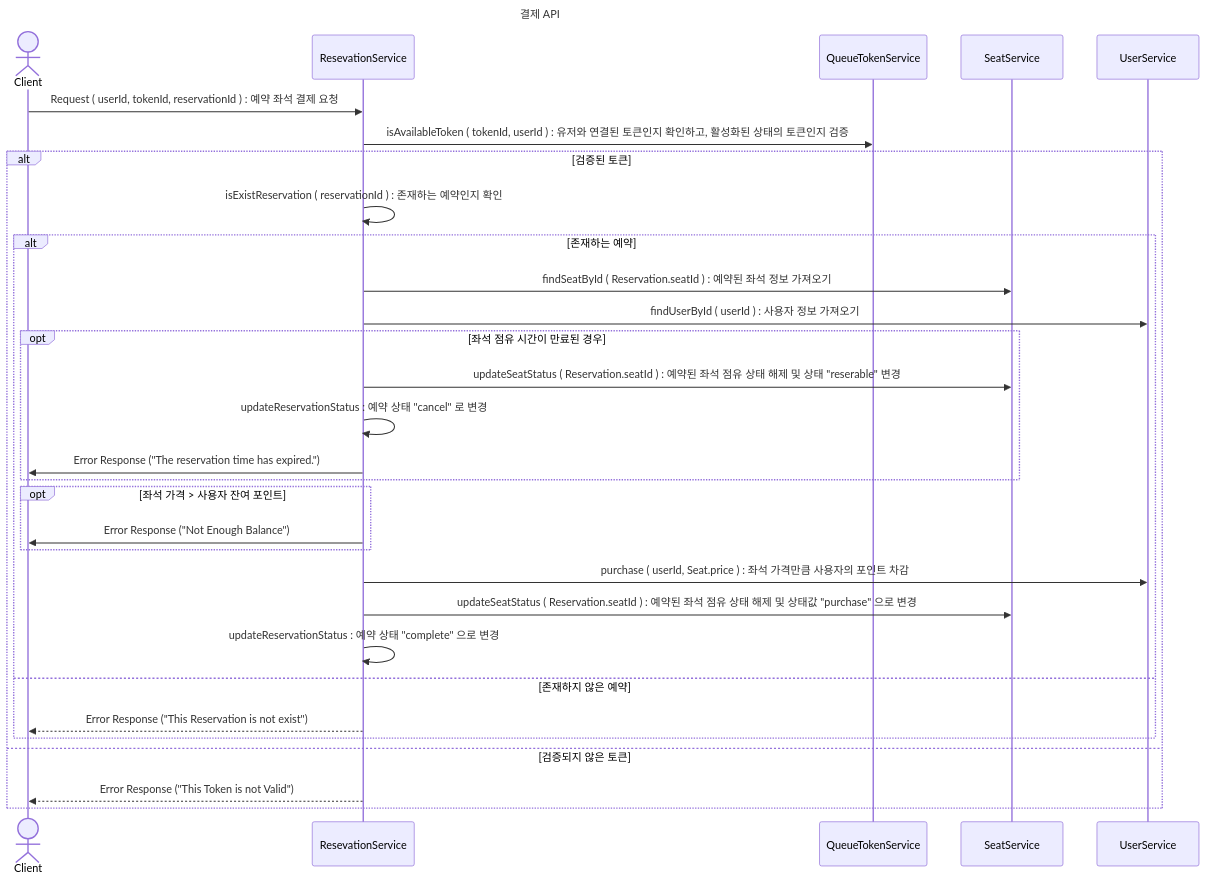
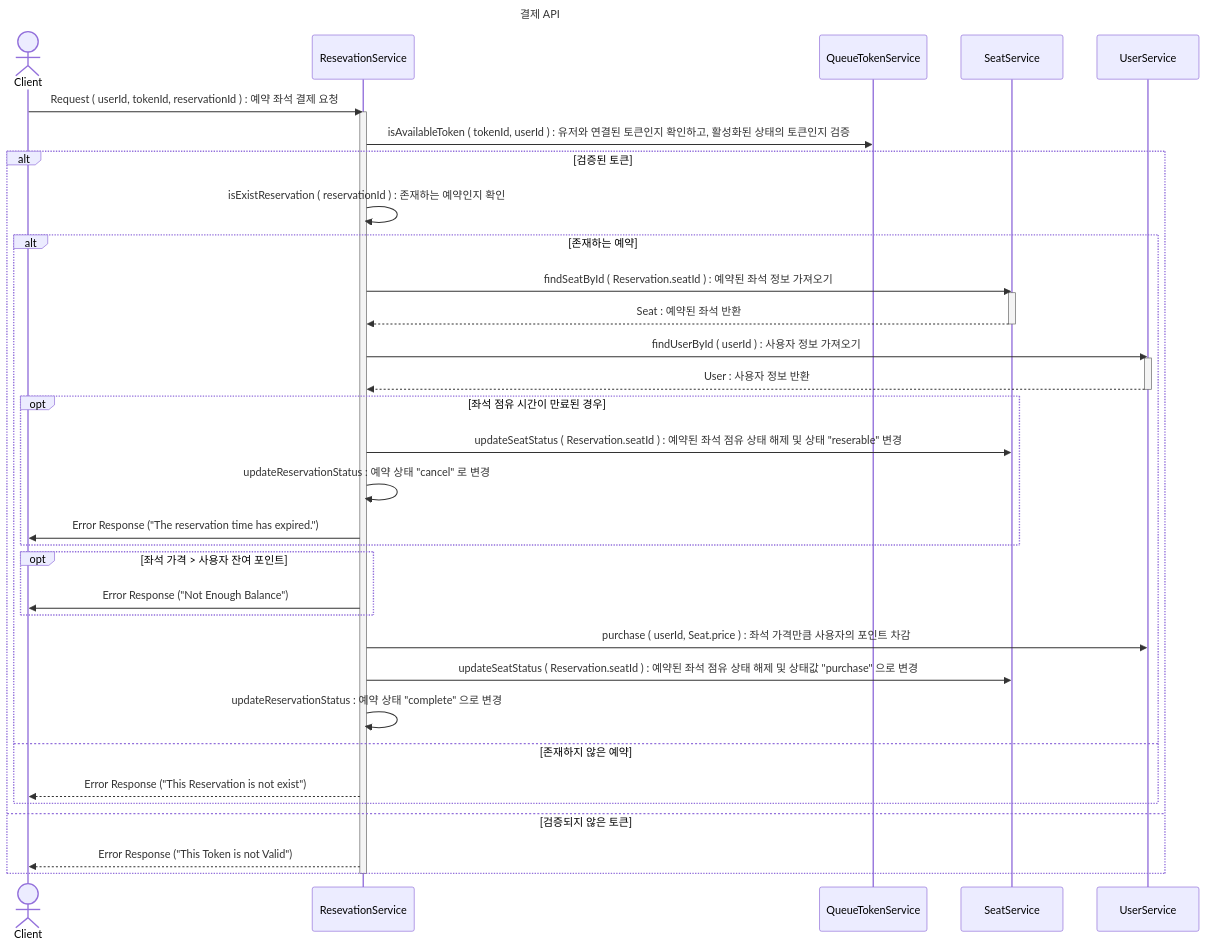
One commit to GustavEiffels/hhplus_server_build changed the diagram in design/sequence_diagram/결제_API.md. Above: the diagram before and after it, drawn with Mermaid. The commit also changed 1 other file, not shown here.

Commit message:
[docs] 시퀀스 다이어그램 생성 : 결제 & 좌석 예약

````diff
--- a/design/sequence_diagram/결제_API.md
+++ b/design/sequence_diagram/결제_API.md
@@ -1,51 +1,60 @@
 ```mermaid
 ---
 title: 결제 API  
 ---
 sequenceDiagram
     Actor cl as Client
     participant re as ResevationService
     participant qu as QueueTokenService
     participant se as SeatService 
     participant us as UserService 
 
     
     cl->>re : Request ( userId, tokenId, reservationId ) : 예약 좌석 결제 요청 
-
+    activate re
     
     re->>qu : isAvailableToken ( tokenId, userId ) : 유저와 연결된 토큰인지 확인하고, 활성화된 상태의 토큰인지 검증
 
     alt 검증된 토큰 
         re->>re : isExistReservation ( reservationId ) : 존재하는 예약인지 확인 
         
         alt 존재하는 예약
-            re->> se : findSeatById ( Reservation.seatId ) : 예약된 좌석 정보 가져오기
-            re->> us : findUserById ( userId ) : 사용자 정보 가져오기 
+
+            re->> se  : findSeatById ( Reservation.seatId ) : 예약된 좌석 정보 가져오기
+            activate se
+            se-->> re : Seat : 예약된 좌석 반환 
+            deactivate se
+
+            re->> us  : findUserById ( userId ) : 사용자 정보 가져오기 
+            activate us
+            us-->> re  : User : 사용자 정보 반환 
+            deactivate us
 
             opt 좌석 점유 시간이 만료된 경우 
                 re->> se : updateSeatStatus ( Reservation.seatId ) : 예약된 좌석 점유 상태 해제 및  상태 "reserable" 변경 
                 re->> re : updateReservationStatus : 예약 상태 "cancel" 로 변경 
                 re->>cl  : Error Response ("The reservation time has expired.")
             end 
 
             opt 좌석 가격 > 사용자 잔여 포인트 
                 re->>cl : Error Response ("Not Enough Balance")
             end
 
             re->> us : purchase ( userId, Seat.price ) : 좌석 가격만큼 사용자의 포인트 차감 
             re->> se : updateSeatStatus ( Reservation.seatId ) : 예약된 좌석 점유 상태 해제 및 상태값 "purchase" 으로 변경
             re->> re : updateReservationStatus :  예약 상태 "complete" 으로 변경  
 
 
         else 존재하지 않은 예약 
             re-->>cl : Error Response ("This Reservation is not exist")
         end 
     
     else 검증되지 않은 토큰
         re-->>cl : Error Response ("This Token is not Valid")
     end
 
+    deactivate re
 
 
                    
 ```
````
